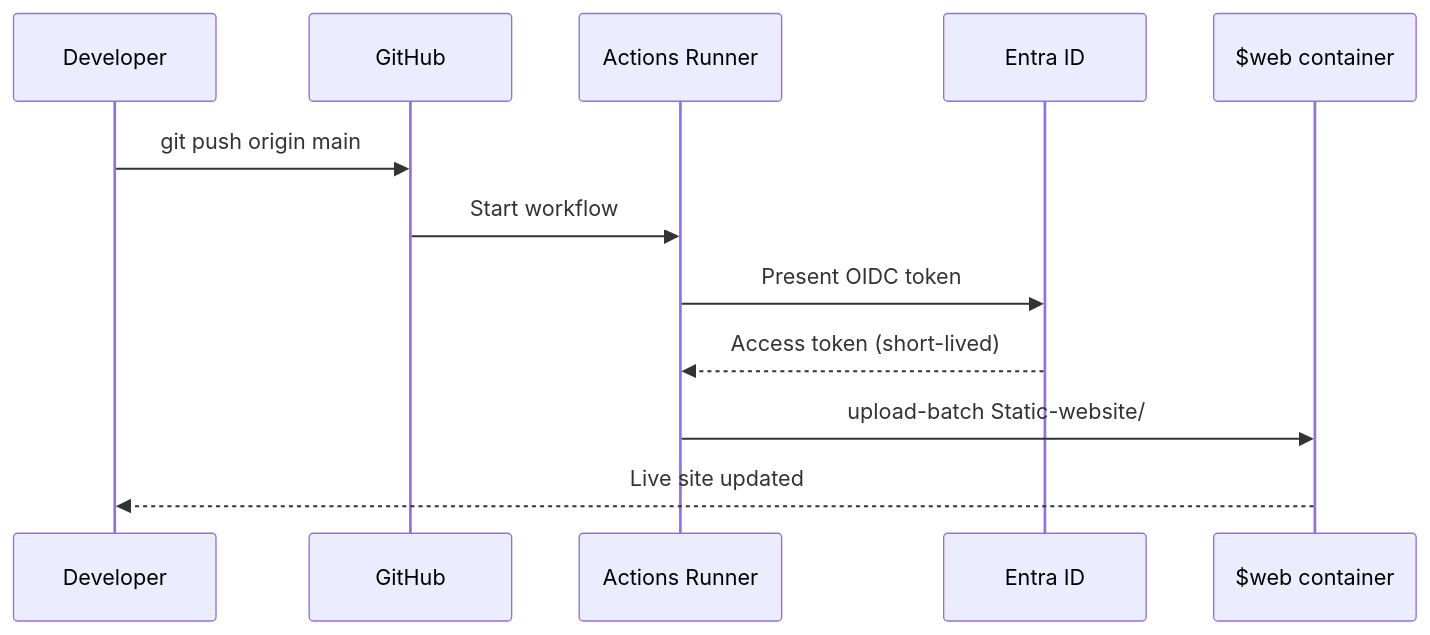
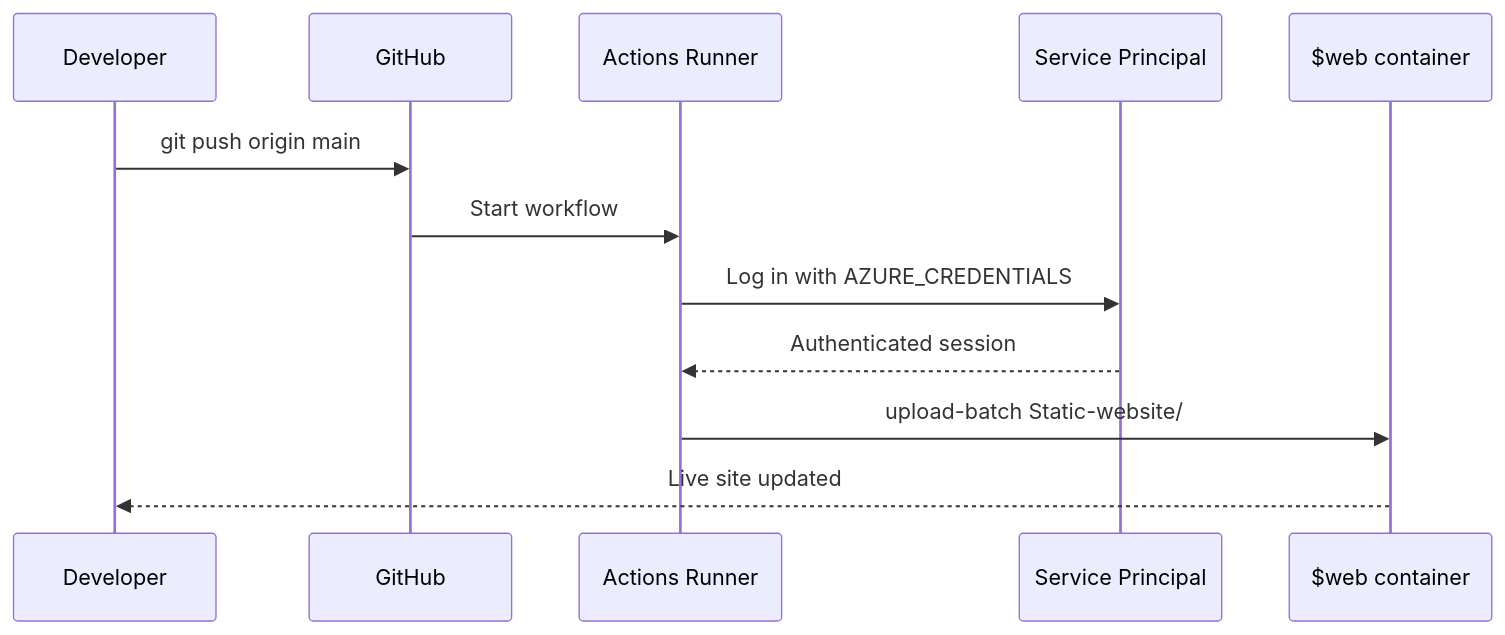
The third of 3 diagrams in README.md (fabrizio-mastrogiovanni/Azure-static-website-github-actions), drawn with Mermaid before and after one commit. The commit also changed other lines of this file, not shown here.

````diff
--- a/README.md
+++ b/README.md
@@ -306,15 +309,15 @@
 ```mermaid
 sequenceDiagram
     participant Dev as Developer
     participant GH as GitHub
     participant Runner as Actions Runner
-    participant Entra as Entra ID
+    participant SP as Service Principal
     participant Blob as $web container
 
     Dev->>GH: git push origin main
     GH->>Runner: Start workflow
-    Runner->>Entra: Present OIDC token
-    Entra-->>Runner: Access token (short-lived)
+    Runner->>SP: Log in with AZURE_CREDENTIALS
+    SP-->>Runner: Authenticated session
     Runner->>Blob: upload-batch Static-website/
     Blob-->>Dev: Live site updated
 ```
````
